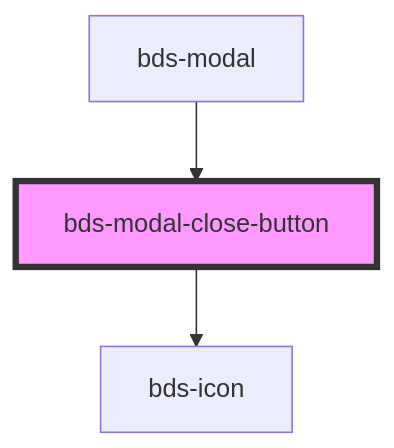
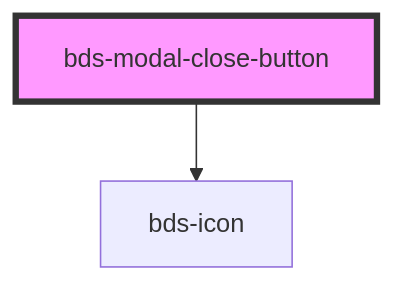
Before and after one commit to takenet/blip-ds: the diagram in src/components/modal/modal-close-button/readme.md, drawn with Mermaid. The commit also changed other lines of this file and 6 other files, not shown here.

Commit message:
fix(component): prevent onClick event on close button if it close button is not defined

````diff
--- a/src/components/modal/modal-close-button/readme.md
+++ b/src/components/modal/modal-close-button/readme.md
@@ -26,6 +22,5 @@
 ```mermaid
 graph TD;
   bds-modal-close-button --> bds-icon
-  bds-modal --> bds-modal-close-button
   style bds-modal-close-button fill:#f9f,stroke:#333,stroke-width:4px
 ```
````
